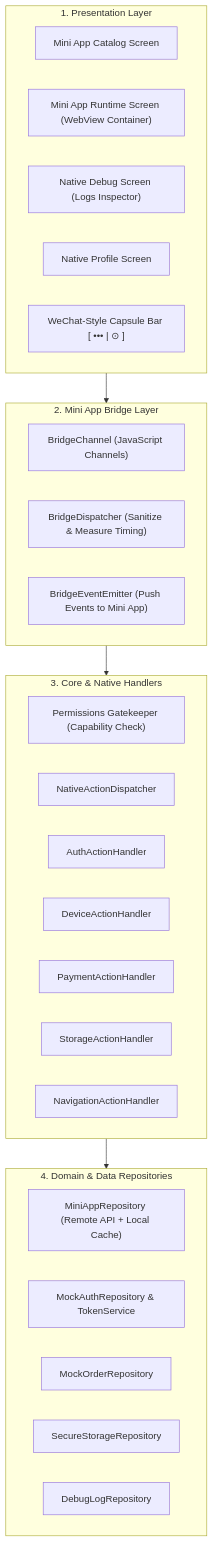
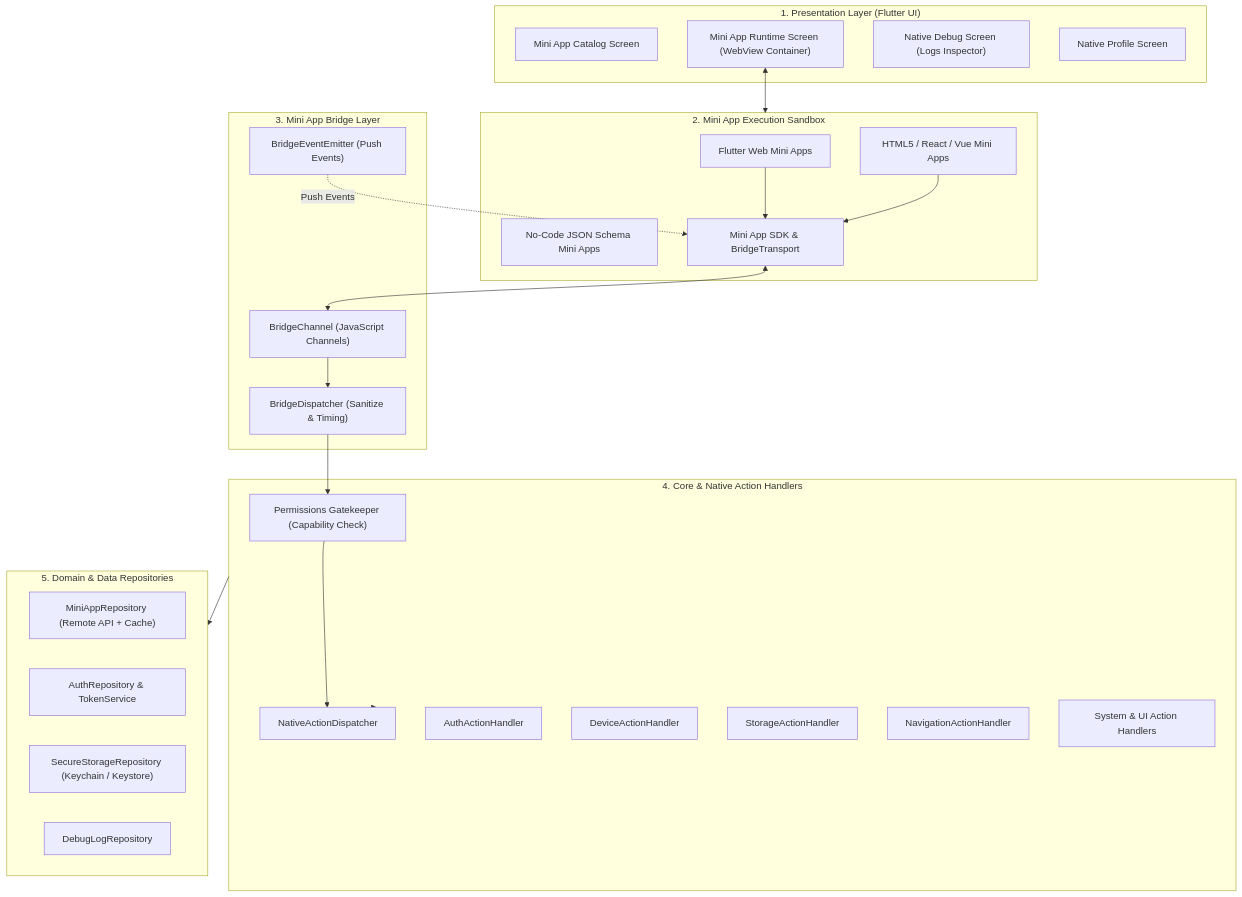
The diagram in docs/superapp.md (vqh2602/superapp_platform), drawn with Mermaid before and after one commit. The commit also changed 1 other file, not shown here.

Commit message:
docs: update README and superapp documentation

````diff
--- a/docs/superapp.md
+++ b/docs/superapp.md
@@ -57,38 +57,50 @@
 ```mermaid
-graph TD
-    subgraph PresentationLayer["1. Presentation Layer"]
+flowchart TD
+    subgraph PresentationLayer["1. Presentation Layer (Flutter UI)"]
         CatalogScreen["Mini App Catalog Screen"]
         RuntimeScreen["Mini App Runtime Screen (WebView Container)"]
         DebugScreen["Native Debug Screen (Logs Inspector)"]
         ProfileScreen["Native Profile Screen"]
-        CapsuleBar["WeChat-Style Capsule Bar [ ••• | ⊙ ]"]
     end
 
-    subgraph BridgeLayer["2. Mini App Bridge Layer"]
-        BridgeChannel["BridgeChannel (JavaScript Channels)"]
-        BridgeDispatcher["BridgeDispatcher (Sanitize & Measure Timing)"]
-        EventEmitter["BridgeEventEmitter (Push Events to Mini App)"]
+    subgraph MiniAppLayer["2. Mini App Execution Sandbox"]
+        FlutterMiniApp["Flutter Web Mini Apps"]
+        WebMiniApp["HTML5 / React / Vue Mini Apps"]
+        SchemaMiniApp["No-Code JSON Schema Mini Apps"]
+        MiniAppSdk["Mini App SDK & BridgeTransport"]
     end
 
-    subgraph CoreApplicationLayer["3. Core & Native Handlers"]
+    subgraph BridgeLayer["3. Mini App Bridge Layer"]
+        BridgeChannel["BridgeChannel (JavaScript Channels)"]
+        BridgeDispatcher["BridgeDispatcher (Sanitize & Timing)"]
+        EventEmitter["BridgeEventEmitter (Push Events)"]
+    end
+
+    subgraph CoreApplicationLayer["4. Core & Native Action Handlers"]
         Gatekeeper["Permissions Gatekeeper (Capability Check)"]
         ActionDispatcher["NativeActionDispatcher"]
         AuthHandler["AuthActionHandler"]
         DeviceHandler["DeviceActionHandler"]
-        PaymentHandler["PaymentActionHandler"]
         StorageHandler["StorageActionHandler"]
         NavHandler["NavigationActionHandler"]
+        SystemHandler["System & UI Action Handlers"]
     end
 
-    subgraph DataDomainLayer["4. Domain & Data Repositories"]
-        MiniAppRepo["MiniAppRepository (Remote API + Local Cache)"]
-        AuthRepo["MockAuthRepository & TokenService"]
-        OrderRepo["MockOrderRepository"]
-        SecureStorage["SecureStorageRepository"]
+    subgraph DataDomainLayer["5. Domain & Data Repositories"]
+        MiniAppRepo["MiniAppRepository (Remote API + Cache)"]
+        AuthRepo["AuthRepository & TokenService"]
+        SecureStorage["SecureStorageRepository (Keychain / Keystore)"]
         DebugLogRepo["DebugLogRepository"]
     end
 
-    PresentationLayer --> BridgeLayer
-    BridgeLayer --> CoreApplicationLayer
+    RuntimeScreen <--> MiniAppLayer
+    FlutterMiniApp --> MiniAppSdk
+    WebMiniApp --> MiniAppSdk
+    MiniAppSdk <--> BridgeChannel
+    BridgeChannel --> BridgeDispatcher
+    BridgeDispatcher --> Gatekeeper
+    Gatekeeper --> ActionDispatcher
+    ActionDispatcher --> CoreApplicationLayer
     CoreApplicationLayer --> DataDomainLayer
+    EventEmitter -.->|Push Events| MiniAppSdk
 ```
````
